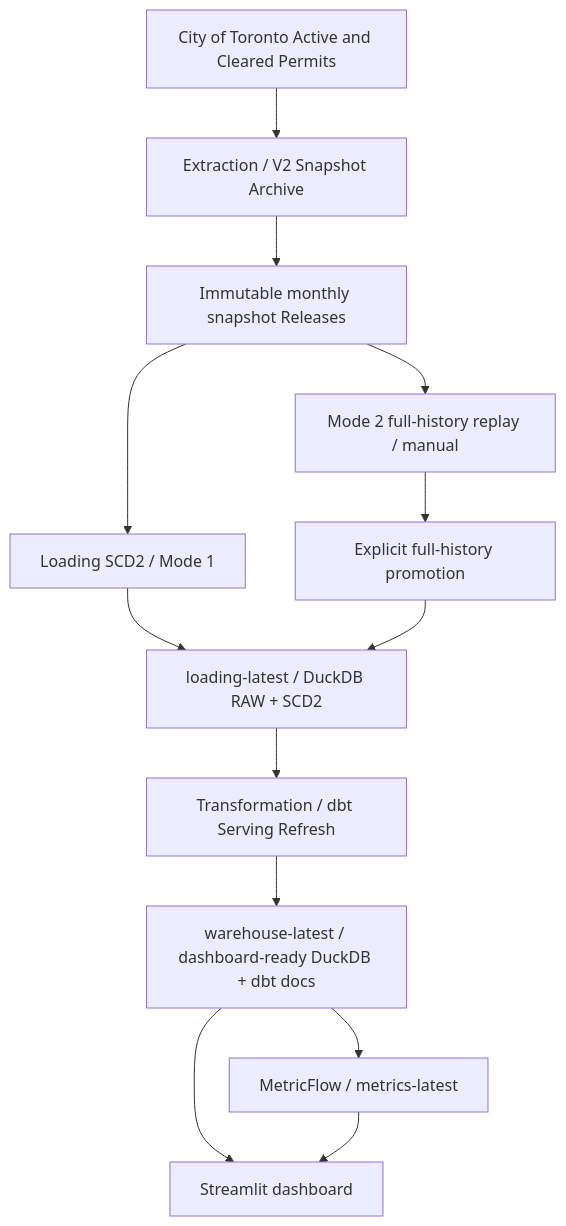
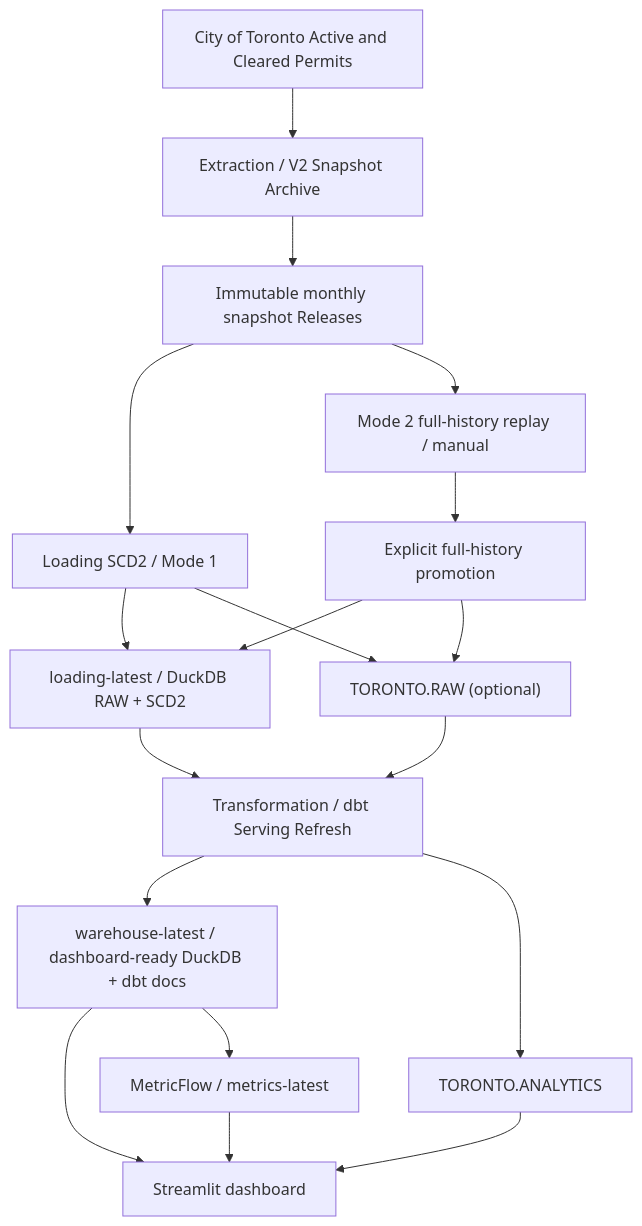
The first of 2 diagrams in README.md (gagadanalyst/toronto-housing-bottleneck-analytics), drawn with Mermaid before and after one commit. The commit also changed other lines of this file and 3 other files, not shown here.

````diff
--- a/README.md
+++ b/README.md
@@ -45,19 +48,23 @@
 ```mermaid
 flowchart TB
     SRC["City of Toronto Active and Cleared Permits"]
     EXT["Extraction / V2 Snapshot Archive"]
     ARCH["Immutable monthly snapshot Releases"]
     LOAD["Loading SCD2 / Mode 1"]
     LBASE["loading-latest / DuckDB RAW + SCD2"]
     TRANS["Transformation / dbt Serving Refresh"]
     WH["warehouse-latest / dashboard-ready DuckDB + dbt docs"]
+    SFRAW["TORONTO.RAW (optional)"]
+    SFAN["TORONTO.ANALYTICS"]
     MF["MetricFlow / metrics-latest"]
     APP["Streamlit dashboard"]
     M2["Mode 2 full-history replay / manual"]
     PROM["Explicit full-history promotion"]
 
     SRC --> EXT --> ARCH --> LOAD
     LOAD --> LBASE --> TRANS --> WH --> APP
+    LOAD --> SFRAW --> TRANS --> SFAN --> APP
     WH --> MF --> APP
     ARCH --> M2 --> PROM --> LBASE
+    PROM --> SFRAW
 ```
````
